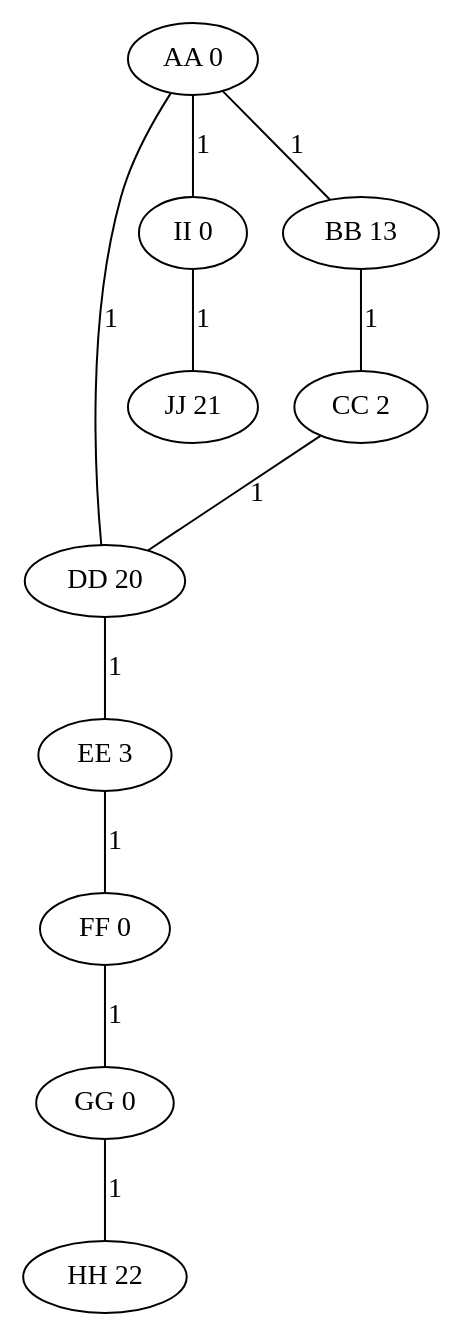
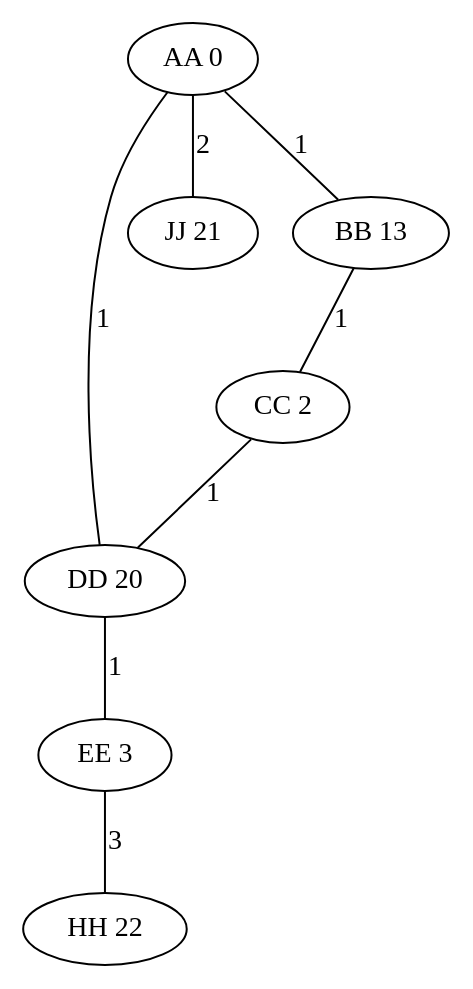
One commit to mvidner/adventofcode changed the diagram in 2022/16/sample.txt.dot. Above: the diagram before and after it, drawn with Graphviz. The commit also changed 2 other files, not shown here.

```diff
--- a/2022/16/sample.txt.dot
+++ b/2022/16/sample.txt.dot
@@ -1,22 +1,16 @@
 graph g {
   AA[label="AA 0"];
     AA -- DD [label="1"];
-    AA -- II [label="1"];
+    AA -- JJ [label="2"];
     AA -- BB [label="1"];
   BB[label="BB 13"];
     BB -- CC [label="1"];
   CC[label="CC 2"];
     CC -- DD [label="1"];
   DD[label="DD 20"];
     DD -- EE [label="1"];
   EE[label="EE 3"];
-    EE -- FF [label="1"];
-  FF[label="FF 0"];
-    FF -- GG [label="1"];
-  GG[label="GG 0"];
-    GG -- HH [label="1"];
+    EE -- HH [label="3"];
   HH[label="HH 22"];
-  II[label="II 0"];
-    II -- JJ [label="1"];
   JJ[label="JJ 21"];
 }
```
